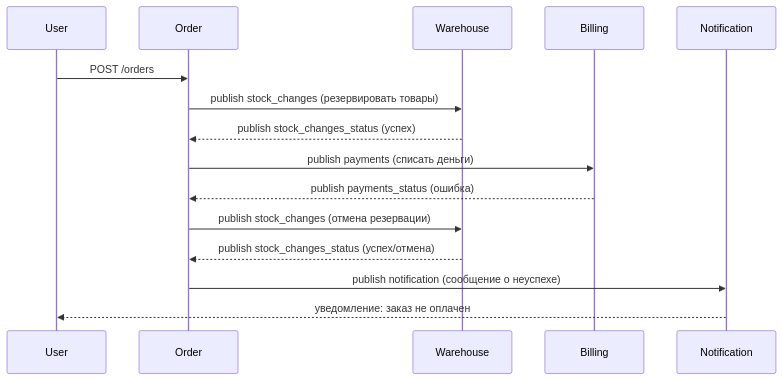
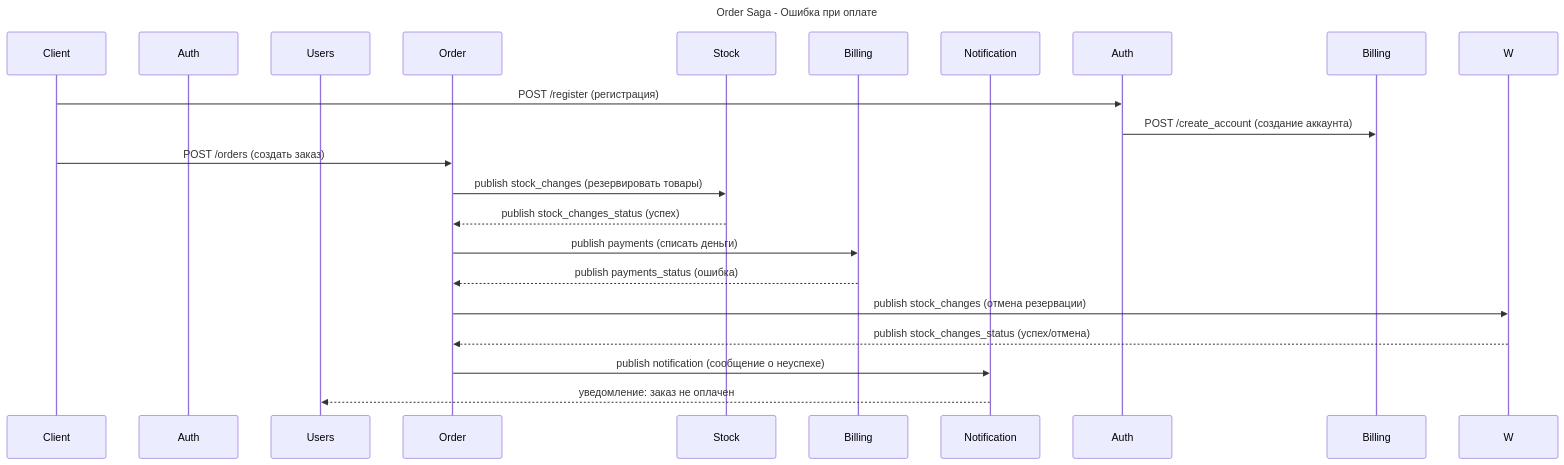
Before and after one commit to maksonday/miniapp: the third of 3 diagrams in README.md, drawn with Mermaid. The commit also changed other lines of this file, not shown here.

````diff
--- a/README.md
+++ b/README.md
@@ -138,22 +135,29 @@
 ```mermaid
 sequenceDiagram
-    participant U as User
+    title Order Saga - Ошибка при оплате
+
+    participant C as Client
+    participant A as Auth
+    participant U as Users
     participant O as Order
-    participant W as Warehouse
+    participant S as Stock
     participant B as Billing
     participant N as Notification
 
-    U->>O: POST /orders
+    C->>Auth: POST /register (регистрация)
+    Auth->>Billing: POST /create_account (создание аккаунта)
+
+    C->>O: POST /orders (создать заказ)
     
-    O->>W: publish stock_changes (резервировать товары)
-    W-->>O: publish stock_changes_status (успех)
+    O->>S: publish stock_changes (резервировать товары)
+    S-->>O: publish stock_changes_status (успех)
 
     O->>B: publish payments (списать деньги)
     B-->>O: publish payments_status (ошибка)
 
     O->>W: publish stock_changes (отмена резервации)
     W-->>O: publish stock_changes_status (успех/отмена)
 
     O->>N: publish notification (сообщение о неуспехе)
     N-->>U: уведомление: заказ не оплачен
 ```
````
